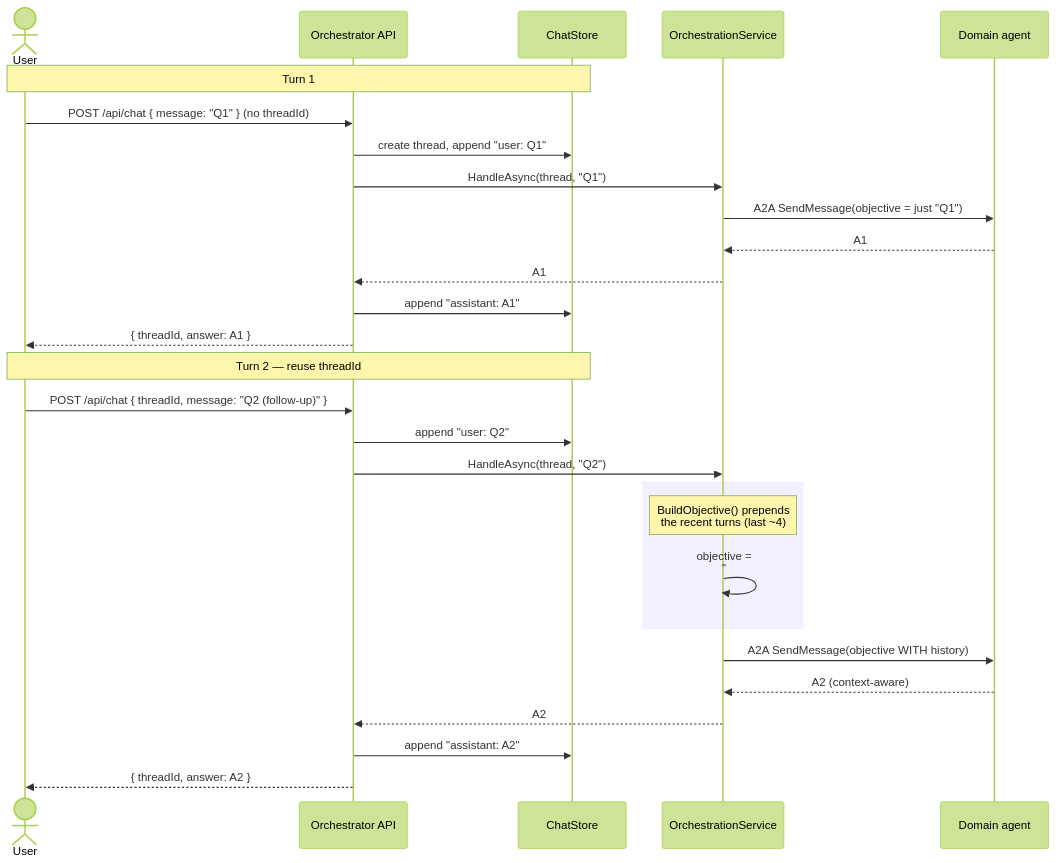
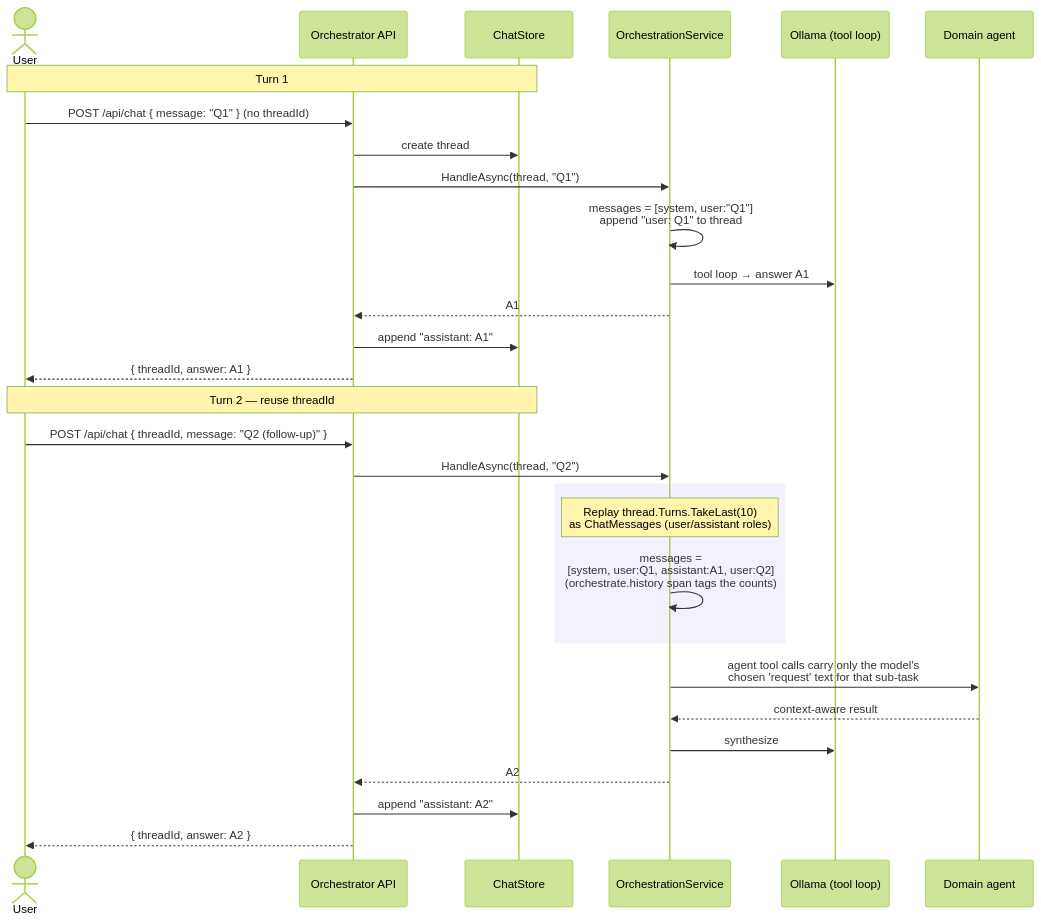
One commit to ohalay/a2a-poc changed the third of 4 diagrams in docs/architecture.md. Above: the diagram before and after it, drawn with Mermaid (forest theme). The commit also changed other lines of this file and 10 other files, not shown here.

````diff
--- a/docs/architecture.md
+++ b/docs/architecture.md
@@ -135,34 +138,35 @@
 ```mermaid
 sequenceDiagram
     actor User
     participant API as Orchestrator API
     participant Store as ChatStore
     participant Svc as OrchestrationService
+    participant LLM as Ollama (tool loop)
     participant Agent as Domain agent
 
     Note over User,Store: Turn 1
     User->>API: POST /api/chat { message: "Q1" }  (no threadId)
-    API->>Store: create thread, append "user: Q1"
+    API->>Store: create thread
     API->>Svc: HandleAsync(thread, "Q1")
-    Svc->>Agent: A2A SendMessage(objective = just "Q1")
-    Agent-->>Svc: A1
+    Svc->>Svc: messages = [system, user:"Q1"]<br/>append "user: Q1" to thread
+    Svc->>LLM: tool loop → answer A1
     Svc-->>API: A1
     API->>Store: append "assistant: A1"
     API-->>User: { threadId, answer: A1 }
 
     Note over User,Store: Turn 2 — reuse threadId
     User->>API: POST /api/chat { threadId, message: "Q2 (follow-up)" }
-    API->>Store: append "user: Q2"
     API->>Svc: HandleAsync(thread, "Q2")
 
     rect rgb(245, 240, 255)
-    Note over Svc: BuildObjective() prepends<br/>the recent turns (last ~4)
-    Svc->>Svc: objective =<br/>"### Recent conversation context:<br/>- user: Q1<br/>- assistant: A1<br/>### Current request: Q2"
+    Note over Svc: Replay thread.Turns.TakeLast(10)<br/>as ChatMessages (user/assistant roles)
+    Svc->>Svc: messages =<br/>[system, user:Q1, assistant:A1, user:Q2]<br/>(orchestrate.history span tags the counts)
     end
 
-    Svc->>Agent: A2A SendMessage(objective WITH history)
-    Agent-->>Svc: A2 (context-aware)
+    Svc->>Agent: agent tool calls carry only the model's<br/>chosen 'request' text for that sub-task
+    Agent-->>Svc: context-aware result
+    Svc->>LLM: synthesize
     Svc-->>API: A2
     API->>Store: append "assistant: A2"
     API-->>User: { threadId, answer: A2 }
 ```
````
